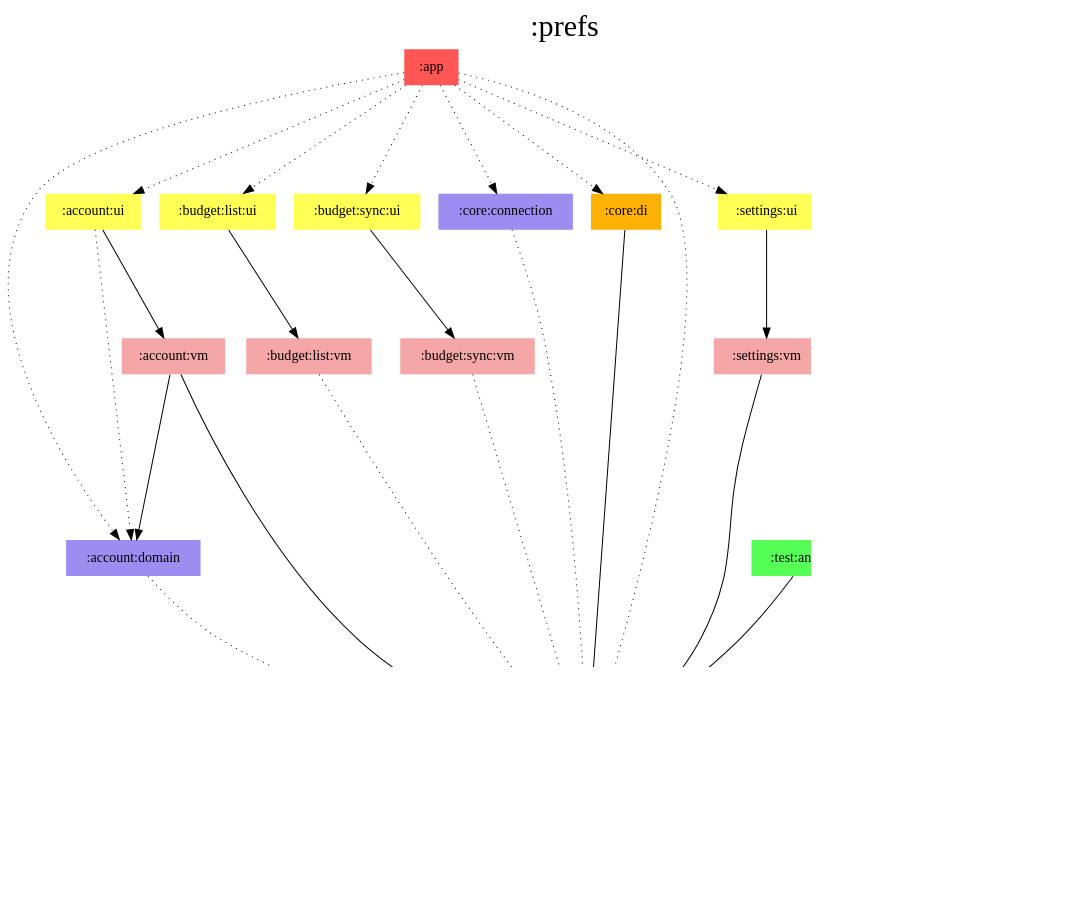
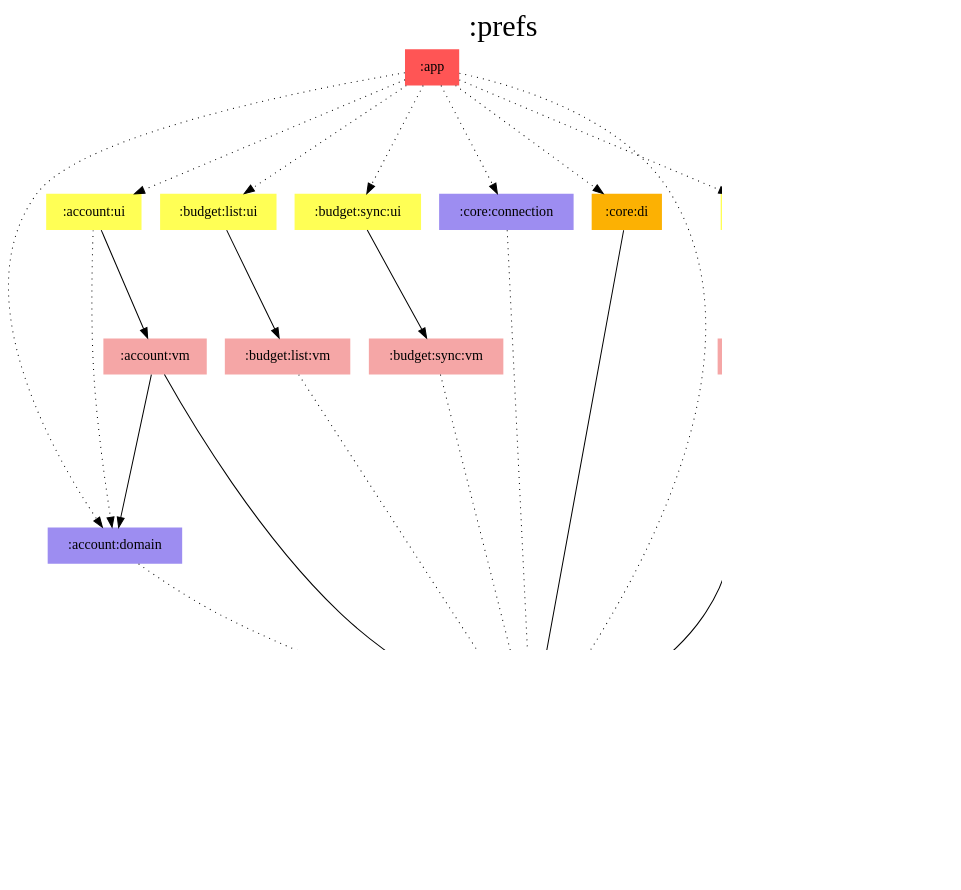
The diagram in modules/prefs/modules.dot (jonapoul/aktual), drawn with Graphviz before and after one commit. The commit also changed 26 other files, not shown here.

Commit message:
Remove test modules from graphs

```diff
--- a/modules/prefs/modules.dot
+++ b/modules/prefs/modules.dot
@@ -1,64 +1,61 @@
 digraph {
 edge ["dir"="forward"]
 graph ["dpi"="100","label"=":prefs","labelloc"="t","fontsize"="30","ranksep"="1.5","rankdir"="TB"]
 node ["style"="filled"]
 ":account:domain" ["fillcolor"="#9D8DF1","shape"="none"]
 ":account:model" ["fillcolor"="#9D8DF1","shape"="none"]
 ":account:ui" ["fillcolor"="#FFFF55","shape"="none"]
 ":account:vm" ["fillcolor"="#F5A6A6","shape"="none"]
 ":app" ["fillcolor"="#FF5555","shape"="none"]
 ":budget:list:ui" ["fillcolor"="#FFFF55","shape"="none"]
 ":budget:list:vm" ["fillcolor"="#F5A6A6","shape"="none"]
 ":budget:sync:ui" ["fillcolor"="#FFFF55","shape"="none"]
 ":budget:sync:vm" ["fillcolor"="#F5A6A6","shape"="none"]
 ":core:connection" ["fillcolor"="#9D8DF1","shape"="none"]
 ":core:di" ["fillcolor"="#FCB103","shape"="none"]
 ":core:model" ["fillcolor"="#9D8DF1","shape"="none"]
 ":prefs" ["fillcolor"="#9D8DF1","color"="black","penwidth"="3","shape"="box"]
 ":settings:ui" ["fillcolor"="#FFFF55","shape"="none"]
 ":settings:vm" ["fillcolor"="#F5A6A6","shape"="none"]
-":test:android" ["fillcolor"="#55FF55","shape"="none"]
 {
 edge ["dir"="none"]
 graph ["rank"="same"]
 ":prefs"
 }
 ":account:domain" -> ":prefs" ["style"="dotted"]
 ":account:ui" -> ":account:domain" ["style"="dotted"]
 ":account:ui" -> ":account:vm"
 ":account:vm" -> ":account:domain"
 ":account:vm" -> ":prefs"
 ":app" -> ":account:domain" ["style"="dotted"]
 ":app" -> ":account:ui" ["style"="dotted"]
 ":app" -> ":budget:list:ui" ["style"="dotted"]
 ":app" -> ":budget:sync:ui" ["style"="dotted"]
 ":app" -> ":core:connection" ["style"="dotted"]
 ":app" -> ":core:di" ["style"="dotted"]
 ":app" -> ":prefs" ["style"="dotted"]
 ":app" -> ":settings:ui" ["style"="dotted"]
 ":budget:list:ui" -> ":budget:list:vm"
 ":budget:list:vm" -> ":prefs" ["style"="dotted"]
 ":budget:sync:ui" -> ":budget:sync:vm"
 ":budget:sync:vm" -> ":prefs" ["style"="dotted"]
 ":core:connection" -> ":prefs" ["style"="dotted"]
 ":core:di" -> ":prefs"
 ":prefs" -> ":account:model"
 ":prefs" -> ":core:model"
 ":settings:ui" -> ":settings:vm"
 ":settings:vm" -> ":prefs"
-":test:android" -> ":prefs"
 subgraph "cluster_legend" {
 edge ["dir"="none"]
 graph ["label"="Legend","fontsize"="20"]
 "Legend" ["style"="filled","fillcolor"="#FFFFFF","shape"="none","margin"="0","fontsize"="15","label"=<
 <TABLE BORDER="0" CELLBORDER="0" CELLSPACING="0" CELLPADDING="4">
 <TR><TD>App</TD><TD BGCOLOR="#FF5555">module-name</TD></TR>
 <TR><TD>ViewModel</TD><TD BGCOLOR="#F5A6A6">module-name</TD></TR>
 <TR><TD>Hilt</TD><TD BGCOLOR="#FCB103">module-name</TD></TR>
 <TR><TD>Compose</TD><TD BGCOLOR="#FFFF55">module-name</TD></TR>
-<TR><TD>Android</TD><TD BGCOLOR="#55FF55">module-name</TD></TR>
 <TR><TD>Multiplatform</TD><TD BGCOLOR="#9D8DF1">module-name</TD></TR>
 </TABLE>
 >]
 } -> ":prefs" ["style"="invis"]
 }
```
